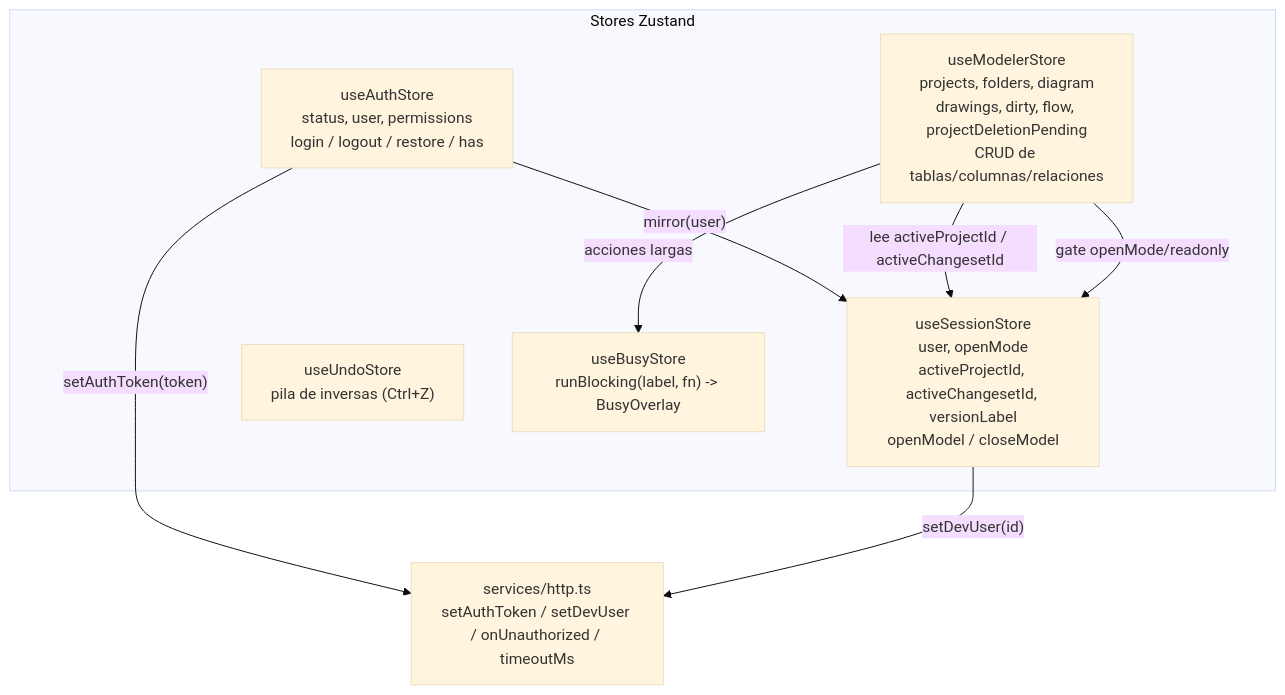
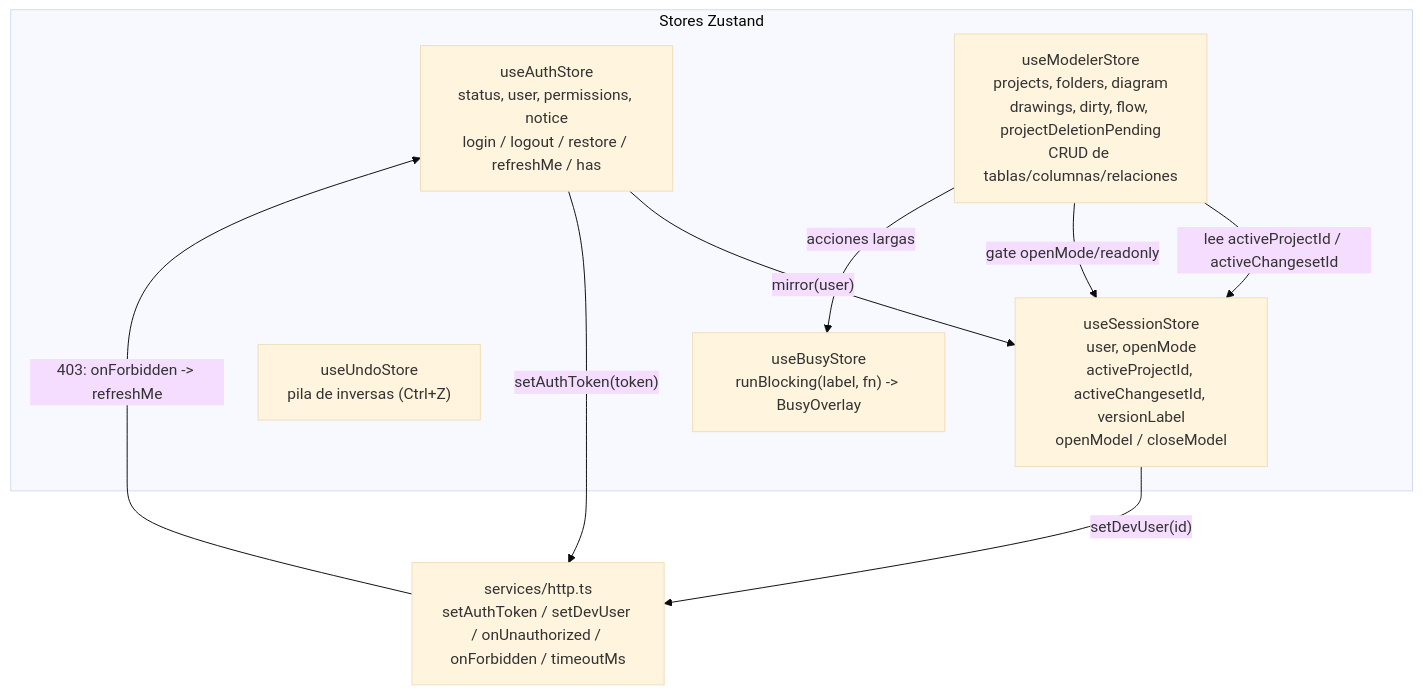
The first of 5 diagrams in doc/architecture.md (Carlosmps97/web-data-model-hub), drawn with Mermaid (base theme) before and after one commit. The commit also changed other lines of this file and 209 other files, not shown here.

````diff
--- a/doc/architecture.md
+++ b/doc/architecture.md
@@ -189,19 +195,20 @@
 ```mermaid
 flowchart TD
   subgraph Stores["Stores Zustand"]
-    Auth["useAuthStore<br/>status, user, permissions<br/>login / logout / restore / has"]
+    Auth["useAuthStore<br/>status, user, permissions, notice<br/>login / logout / restore / refreshMe / has"]
     Session["useSessionStore<br/>user, openMode<br/>activeProjectId, activeChangesetId, versionLabel<br/>openModel / closeModel"]
     Modeler["useModelerStore<br/>projects, folders, diagram<br/>drawings, dirty, flow, projectDeletionPending<br/>CRUD de tablas/columnas/relaciones"]
     Undo["useUndoStore<br/>pila de inversas (Ctrl+Z)"]
     Busy["useBusyStore<br/>runBlocking(label, fn) -> BusyOverlay"]
   end
 
   Auth -- "mirror(user)" --> Session
   Modeler -- "lee activeProjectId / activeChangesetId" --> Session
   Modeler -- "gate openMode/readonly" --> Session
   Modeler -- "acciones largas" --> Busy
 
-  Http["services/http.ts<br/>setAuthToken / setDevUser / onUnauthorized / timeoutMs"]
+  Http["services/http.ts<br/>setAuthToken / setDevUser / onUnauthorized / onForbidden / timeoutMs"]
   Auth -- "setAuthToken(token)" --> Http
+  Http -- "403: onForbidden -> refreshMe" --> Auth
   Session -- "setDevUser(id)" --> Http
 ```
````
